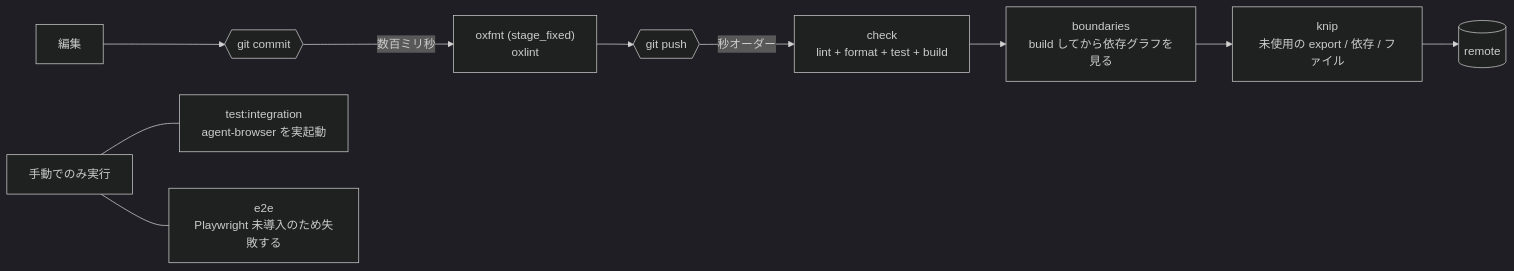
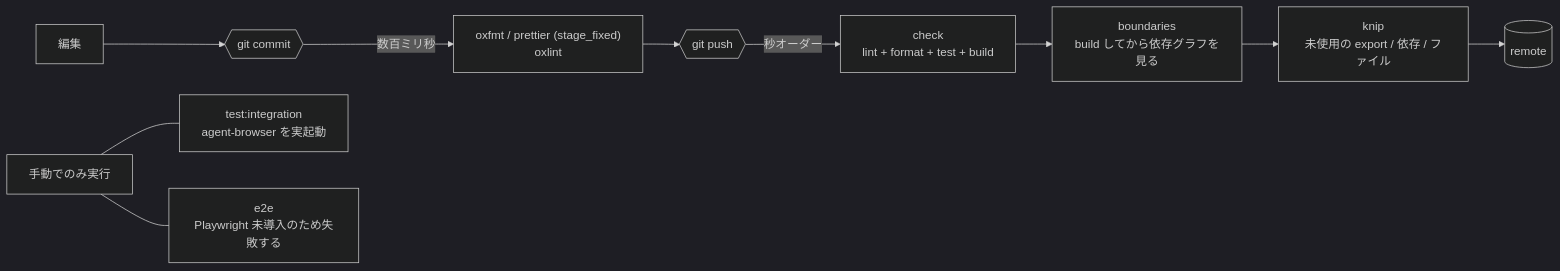
The diagram in context/engineering.md (Fukuemon/screen-contract), drawn with Mermaid (dark theme) before and after one commit. The commit also changed other lines of this file and 7 other files, not shown here.

````diff
--- a/context/engineering.md
+++ b/context/engineering.md
@@ -114,13 +114,13 @@
 ```mermaid
 flowchart LR
     edit["編集"] --> commit{{"git commit"}}
-    commit -->|"数百ミリ秒"| pc["oxfmt (stage_fixed)<br/>oxlint"]
+    commit -->|"数百ミリ秒"| pc["oxfmt / prettier (stage_fixed)<br/>oxlint"]
     pc --> push{{"git push"}}
     push -->|"秒オーダー"| pp1["check<br/>lint + format + test + build"]
     pp1 --> pp2["boundaries<br/>build してから依存グラフを見る"]
     pp2 --> pp3["knip<br/>未使用の export / 依存 / ファイル"]
     pp3 --> remote[("remote")]
 
     manual["手動でのみ実行"] --- mi["test:integration<br/>agent-browser を実起動"]
     manual --- me["e2e<br/>Playwright 未導入のため失敗する"]
 ```
````
